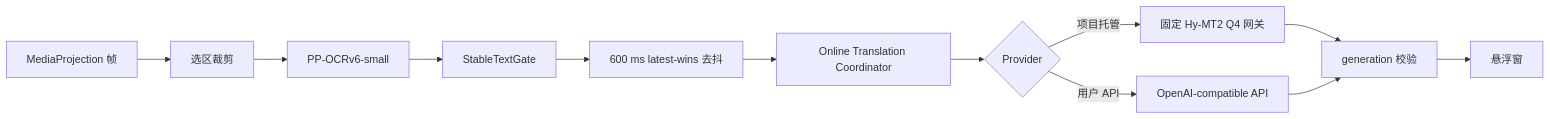
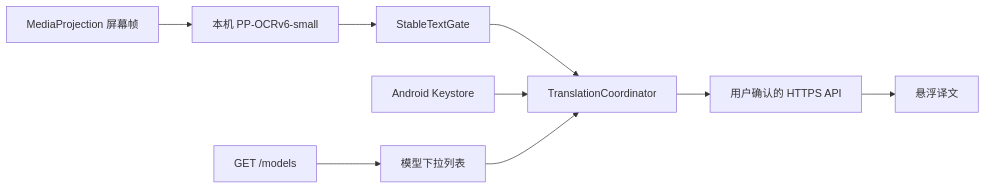
The diagram in docs/ONLINE_TRANSLATION_DESIGN.md (Arimacose/ScreenTranslation), drawn with Mermaid before and after one commit. The commit also changed other lines of this file and 49 other files, not shown here.

````diff
--- a/docs/ONLINE_TRANSLATION_DESIGN.md
+++ b/docs/ONLINE_TRANSLATION_DESIGN.md
@@ -34,14 +28,11 @@
 ```mermaid
 flowchart LR
-    A["MediaProjection 帧"] --> B["选区裁剪"]
-    B --> C["PP-OCRv6-small"]
-    C --> D["StableTextGate"]
-    D --> E["600 ms latest-wins 去抖"]
-    E --> F["Online Translation Coordinator"]
-    F --> G{"Provider"}
-    G -->|"项目托管"| M["固定 Hy-MT2 Q4 网关"]
-    G -->|"用户 API"| U["OpenAI-compatible API"]
-    M --> H["generation 校验"]
-    U --> H
-    H --> I["悬浮窗"]
+    A["MediaProjection 屏幕帧"] --> B["本机 PP-OCRv6-small"]
+    B --> C["StableTextGate"]
+    C --> D["TranslationCoordinator"]
+    D --> E["用户确认的 HTTPS API"]
+    E --> F["悬浮译文"]
+    G["Android Keystore"] --> D
+    H["GET /models"] --> I["模型下拉列表"]
+    I --> D
 ```
````
